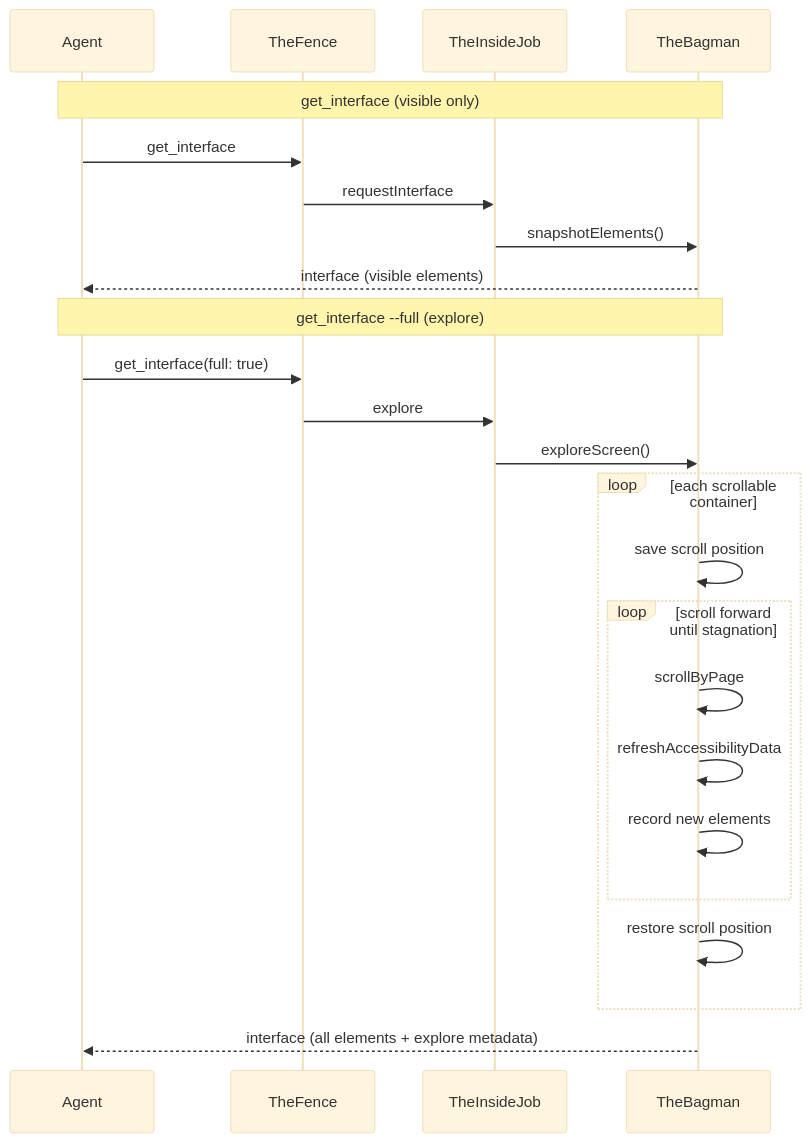
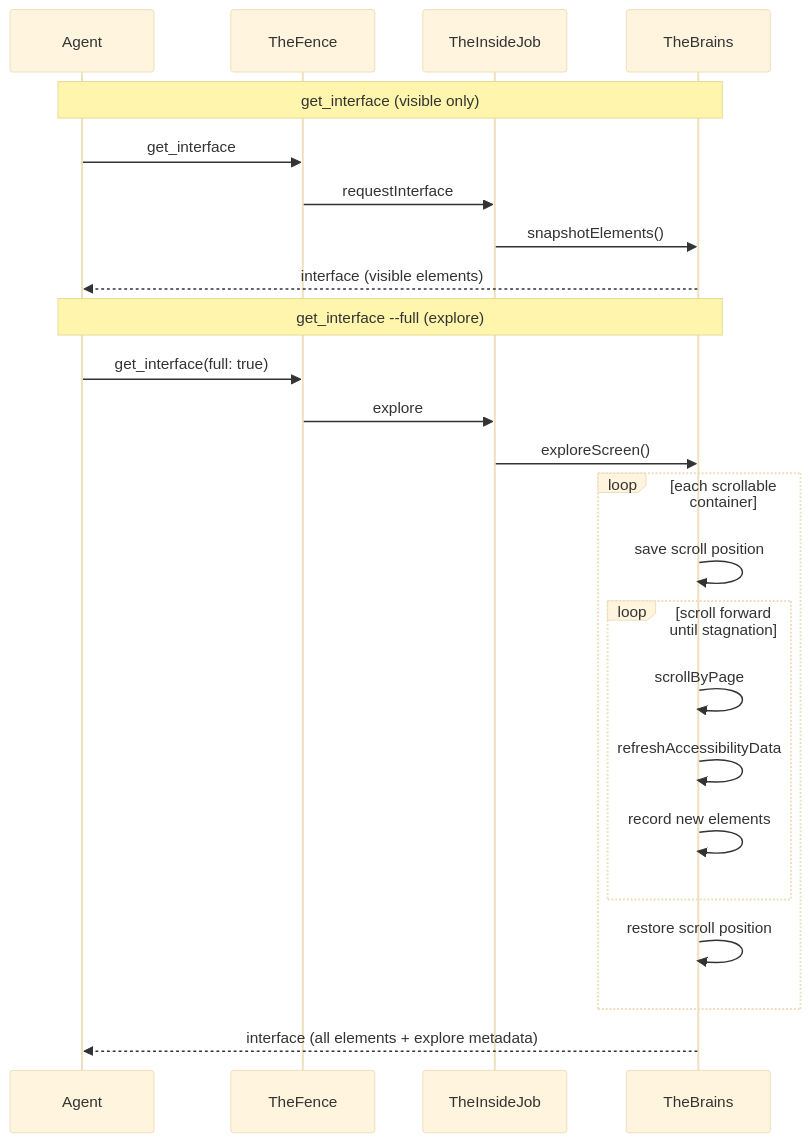
One commit to RoyalPineapple/TheButtonHeist changed the second of 5 diagrams in docs/WIRE-PROTOCOL.md. Above: the diagram before and after it, drawn with Mermaid (base theme). The commit also changed 39 other files, not shown here.

````diff
--- a/docs/WIRE-PROTOCOL.md
+++ b/docs/WIRE-PROTOCOL.md
@@ -875,30 +875,30 @@
 ```mermaid
 sequenceDiagram
     participant Agent
     participant TheFence
     participant TheInsideJob
-    participant TheBagman
+    participant TheBrains
 
-    Note over Agent,TheBagman: get_interface (visible only)
+    Note over Agent,TheBrains: get_interface (visible only)
     Agent->>TheFence: get_interface
     TheFence->>TheInsideJob: requestInterface
-    TheInsideJob->>TheBagman: snapshotElements()
-    TheBagman-->>Agent: interface (visible elements)
+    TheInsideJob->>TheBrains: snapshotElements()
+    TheBrains-->>Agent: interface (visible elements)
 
-    Note over Agent,TheBagman: get_interface --full (explore)
+    Note over Agent,TheBrains: get_interface --full (explore)
     Agent->>TheFence: get_interface(full: true)
     TheFence->>TheInsideJob: explore
-    TheInsideJob->>TheBagman: exploreScreen()
+    TheInsideJob->>TheBrains: exploreScreen()
 
     loop each scrollable container
-        TheBagman->>TheBagman: save scroll position
+        TheBrains->>TheBrains: save scroll position
         loop scroll forward until stagnation
-            TheBagman->>TheBagman: scrollByPage
-            TheBagman->>TheBagman: refreshAccessibilityData
-            TheBagman->>TheBagman: record new elements
+            TheBrains->>TheBrains: scrollByPage
+            TheBrains->>TheBrains: refreshAccessibilityData
+            TheBrains->>TheBrains: record new elements
         end
-        TheBagman->>TheBagman: restore scroll position
+        TheBrains->>TheBrains: restore scroll position
     end
 
-    TheBagman-->>Agent: interface (all elements + explore metadata)
+    TheBrains-->>Agent: interface (all elements + explore metadata)
 ```
````
